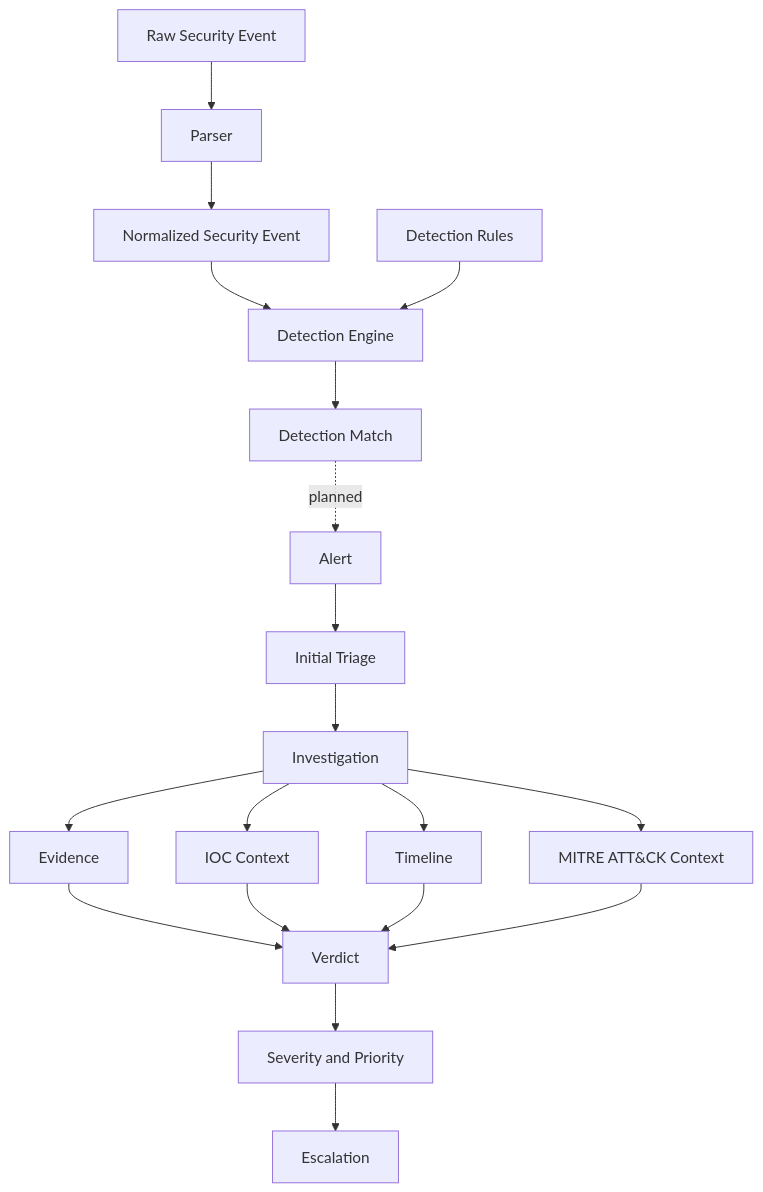
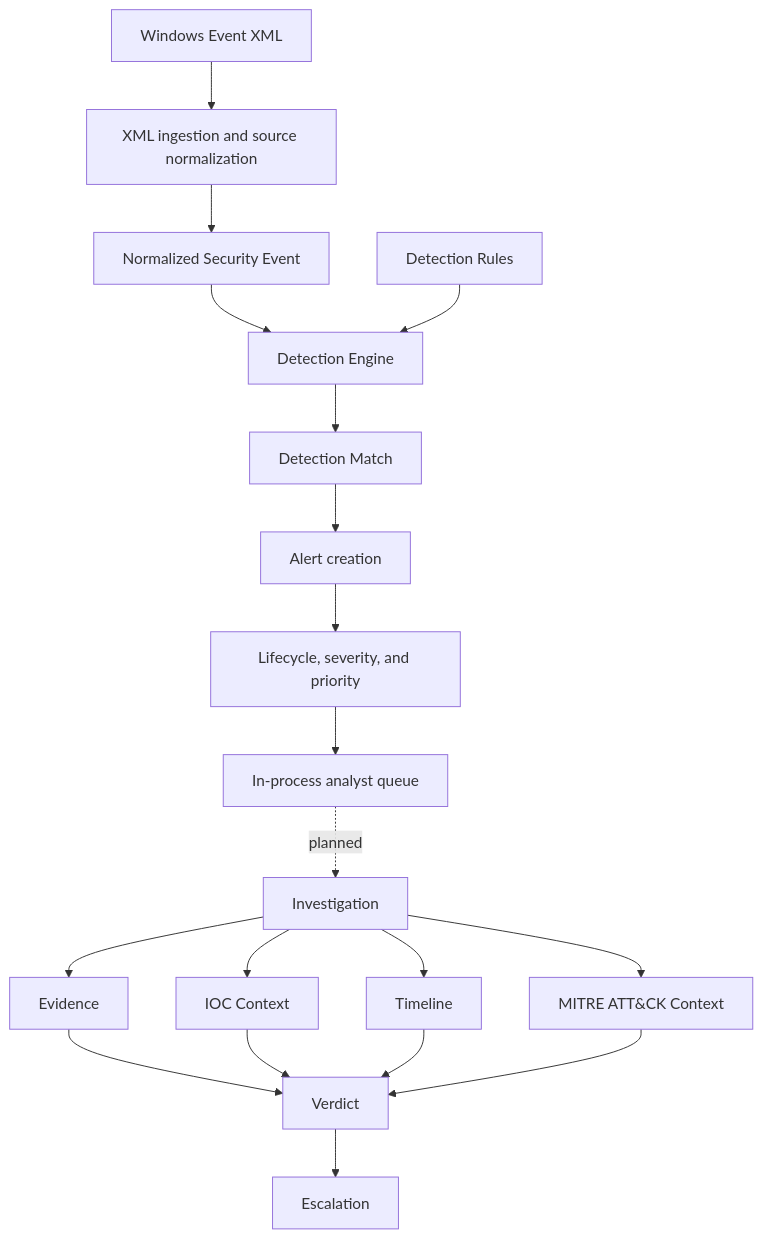
One commit to emelianov-project/soc-investigation-lab changed the diagram in docs/architecture/overview.md. Above: the diagram before and after it, drawn with Mermaid. The commit also changed other lines of this file and 5 other files, not shown here.

````diff
--- a/docs/architecture/overview.md
+++ b/docs/architecture/overview.md
@@ -47,21 +34,21 @@
 ```mermaid
 flowchart TD
-    A[Raw Security Event] --> B[Parser]
+    A[Windows Event XML] --> B[XML ingestion and source normalization]
     B --> C[Normalized Security Event]
     C --> D[Detection Engine]
     R[Detection Rules] --> D
     D --> E[Detection Match]
-    E -. planned .-> F[Alert]
-    F --> G[Initial Triage]
-    G --> H[Investigation]
+    E --> F[Alert creation]
+    F --> G[Lifecycle, severity, and priority]
+    G --> P[In-process analyst queue]
+    P -. planned .-> H[Investigation]
     H --> I[Evidence]
     H --> J[IOC Context]
     H --> K[Timeline]
     H --> L[MITRE ATT&CK Context]
     I --> M[Verdict]
     J --> M
     K --> M
     L --> M
-    M --> N[Severity and Priority]
-    N --> O[Escalation]
+    M --> O[Escalation]
 ```
````
